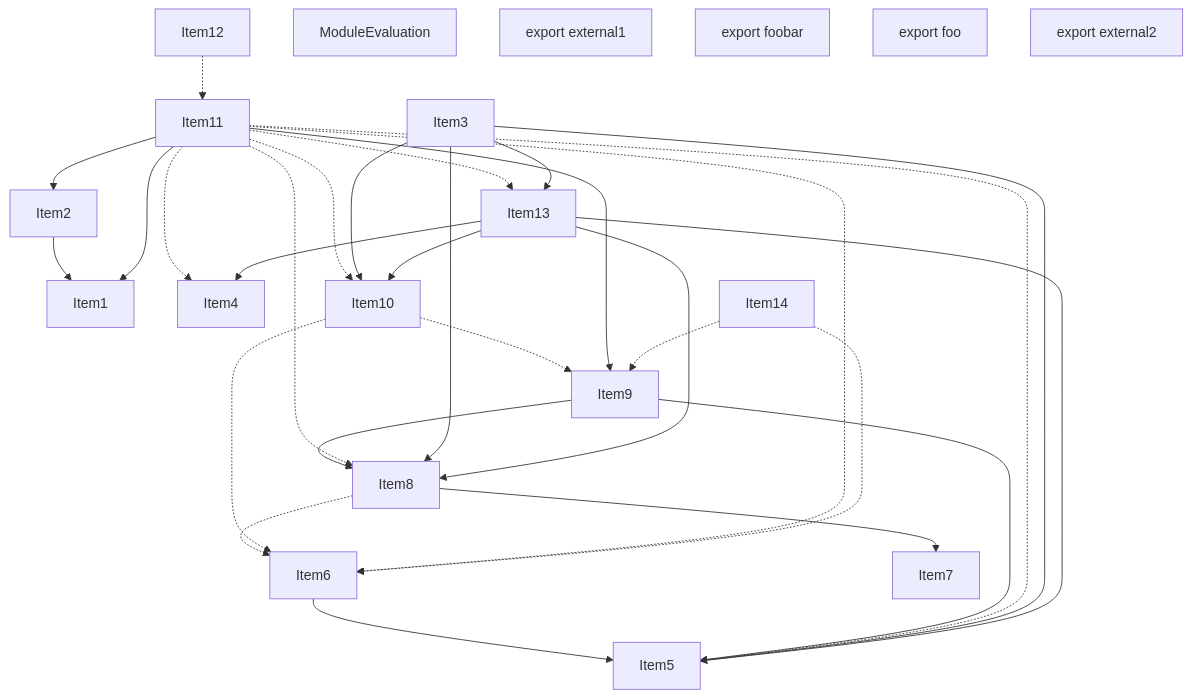
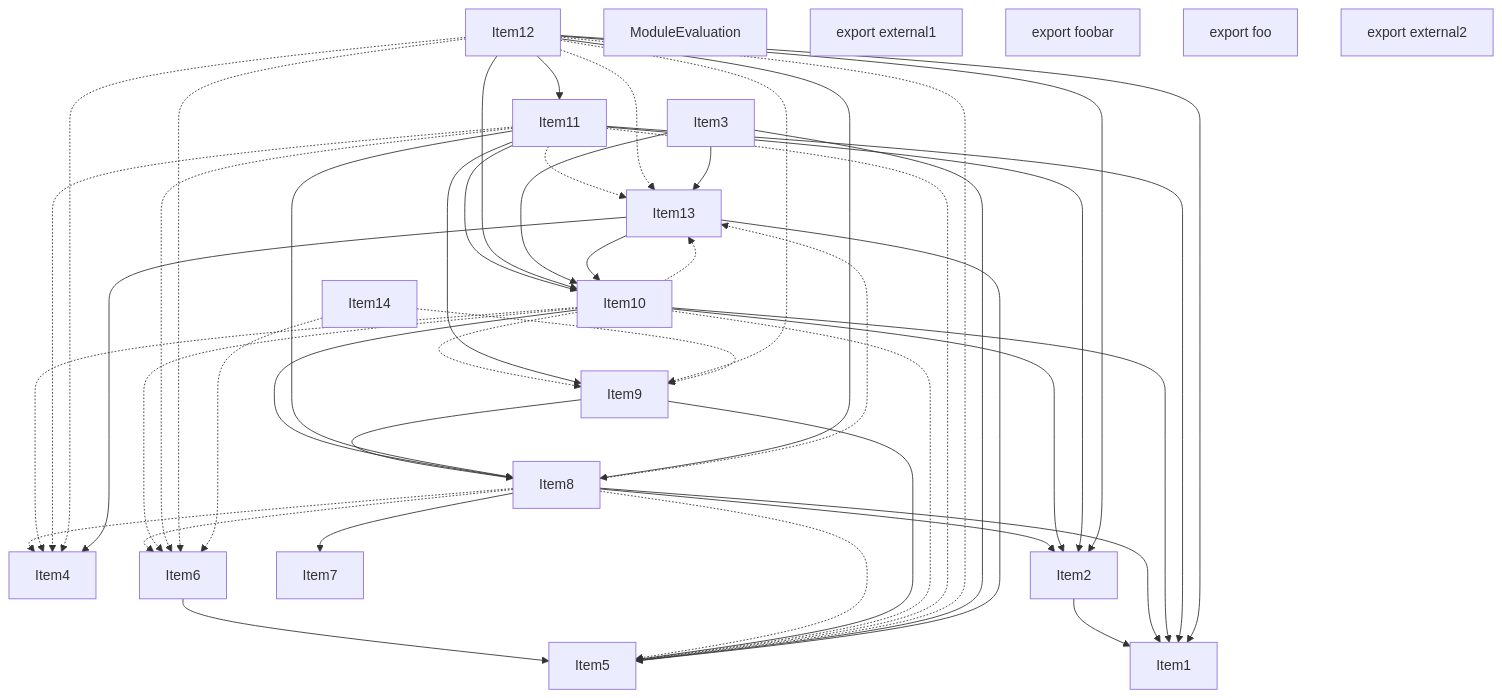
One commit to vercel/turborepo changed the third of 5 diagrams in crates/turbopack-ecmascript/tests/tree-shaker/analyzer/2/output.md. Above: the diagram before and after it, drawn with Mermaid. The commit also changed other lines of this file and 3 other files, not shown here.

````diff
--- a/crates/turbopack-ecmascript/tests/tree-shaker/analyzer/2/output.md
+++ b/crates/turbopack-ecmascript/tests/tree-shaker/analyzer/2/output.md
@@ -233,55 +256,73 @@
 ```mermaid
 graph TD
     Item3;
     Item1;
     Item4;
     Item5;
     Item6;
     Item7;
     Item8;
     Item9;
     Item10;
     Item11;
     Item12;
     Item13;
     Item14;
     Item2;
     Item15;
     Item15["ModuleEvaluation"];
     Item16;
     Item16["export external1"];
     Item17;
     Item17["export foobar"];
     Item18;
     Item18["export foo"];
     Item19;
     Item19["export external2"];
     Item2 --> Item1;
     Item6 --> Item5;
     Item8 --> Item7;
     Item8 -.-> Item6;
+    Item8 --> Item1;
+    Item8 --> Item2;
+    Item8 -.-> Item13;
+    Item8 -.-> Item5;
+    Item8 -.-> Item4;
     Item9 --> Item5;
     Item9 --> Item8;
     Item10 -.-> Item6;
     Item10 -.-> Item9;
+    Item10 --> Item1;
+    Item10 --> Item2;
+    Item10 --> Item8;
+    Item10 -.-> Item13;
+    Item10 -.-> Item5;
+    Item10 -.-> Item4;
     Item11 --> Item9;
     Item11 --> Item1;
     Item11 --> Item2;
+    Item11 --> Item8;
+    Item11 --> Item10;
     Item11 -.-> Item13;
     Item11 -.-> Item5;
-    Item11 -.-> Item8;
-    Item11 -.-> Item10;
     Item11 -.-> Item6;
     Item11 -.-> Item4;
-    Item12 -.-> Item11;
+    Item12 --> Item11;
+    Item12 --> Item1;
+    Item12 --> Item2;
+    Item12 --> Item8;
+    Item12 --> Item10;
+    Item12 -.-> Item13;
+    Item12 -.-> Item5;
+    Item12 -.-> Item6;
+    Item12 -.-> Item9;
+    Item12 -.-> Item4;
     Item3 --> Item13;
     Item3 --> Item5;
-    Item3 --> Item8;
     Item3 --> Item10;
     Item13 --> Item4;
     Item13 --> Item5;
-    Item13 --> Item8;
     Item13 --> Item10;
     Item14 -.-> Item6;
     Item14 -.-> Item9;
 ```
````
